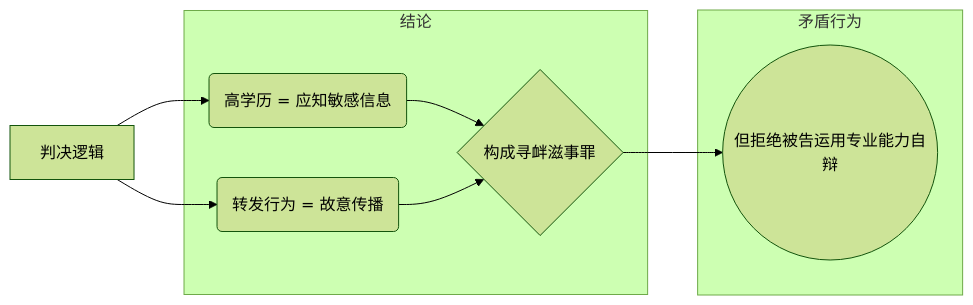
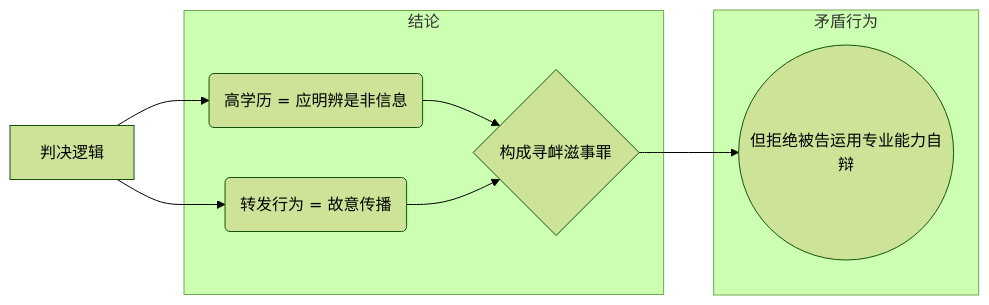
The diagram in docs/source/chats/accuse/criminal/evidence/judge.md (goldollarch/chat2llms), drawn with Mermaid (forest theme) before and after one commit. The commit also changed 126 other files, not shown here.

````diff
--- a/docs/source/chats/accuse/criminal/evidence/judge.md
+++ b/docs/source/chats/accuse/criminal/evidence/judge.md
@@ -16,11 +16,11 @@
 ```mermaid
 graph LR
-    A[判决逻辑] --> B(高学历 = 应知敏感信息)
+    A[判决逻辑] --> B(高学历 = 应明辨是非信息)
     A --> C(转发行为 = 故意传播)
     subgraph 结论
         B & C --> D{构成寻衅滋事罪}
     end
     subgraph 矛盾行为
         D --> E((但拒绝被告运用专业能力自辩))
     end
 ```
````
